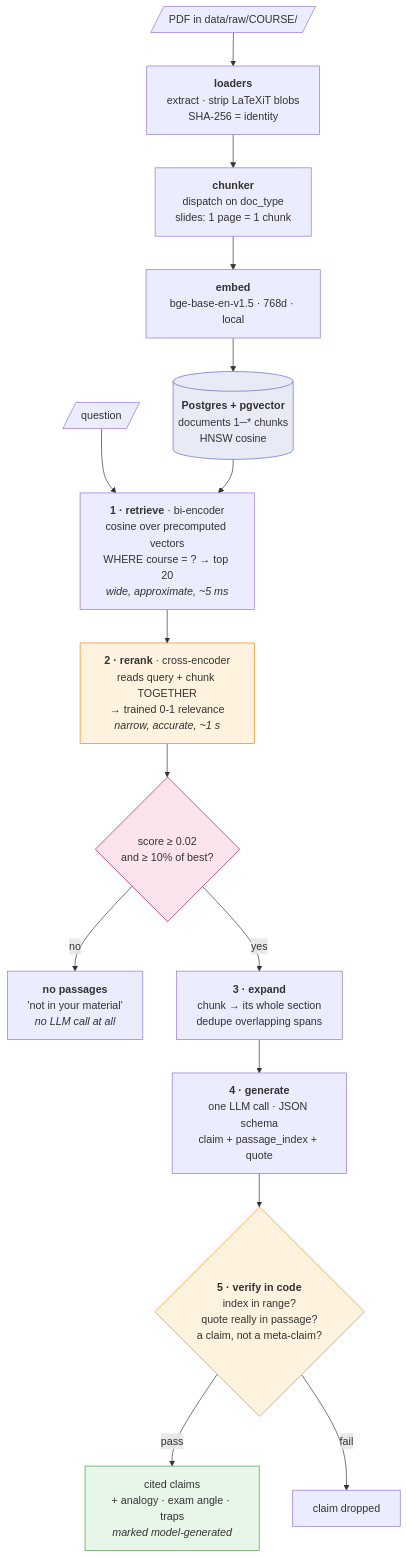
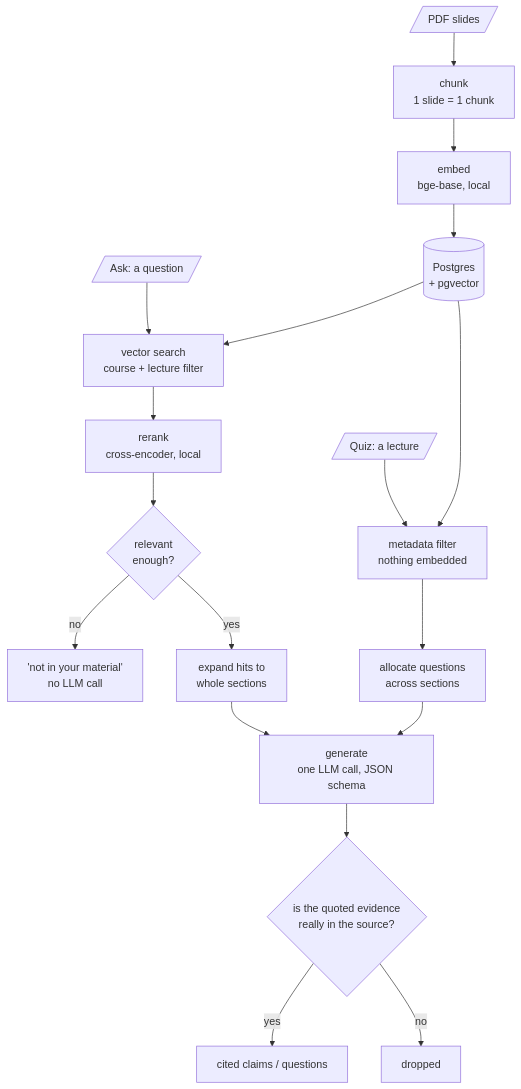
One commit to DavidB948/studyRAG changed the diagram in README.md. Above: the diagram before and after it, drawn with Mermaid. The commit also changed other lines of this file and 29 other files, not shown here.

````diff
--- a/README.md
+++ b/README.md
@@ -76,24 +73,23 @@
 ```mermaid
 flowchart TD
-    PDF[/"PDF in data/raw/COURSE/"/] --> L["<b>loaders</b><br/>extract · strip LaTeXiT blobs<br/>SHA-256 = identity"]
-    L --> C["<b>chunker</b><br/>dispatch on doc_type<br/>slides: 1 page = 1 chunk"]
-    C --> E["<b>embed</b><br/>bge-base-en-v1.5 · 768d · local"]
-    E --> DB[("<b>Postgres + pgvector</b><br/>documents 1─* chunks<br/>HNSW cosine")]
+    PDF[/"PDF slides"/] --> C["chunk<br/>1 slide = 1 chunk"]
+    C --> E["embed<br/>bge-base, local"]
+    E --> DB[("Postgres<br/>+ pgvector")]
 
-    Q[/"question"/] --> S1["<b>1 · retrieve</b> · bi-encoder<br/>cosine over precomputed vectors<br/>WHERE course = ? → top 20<br/><i>wide, approximate, ~5 ms</i>"]
+    ASK[/"Ask: a question"/] --> S1["vector search<br/>course + lecture filter"]
     DB --> S1
-    S1 --> S2["<b>2 · rerank</b> · cross-encoder<br/>reads query + chunk TOGETHER<br/>→ trained 0-1 relevance<br/><i>narrow, accurate, ~1 s</i>"]
-    S2 --> GATE{"score ≥ 0.02<br/>and ≥ 10% of best?"}
-    GATE -->|no| NONE["<b>no passages</b><br/>'not in your material'<br/><i>no LLM call at all</i>"]
-    GATE -->|yes| EXP["<b>3 · expand</b><br/>chunk → its whole section<br/>dedupe overlapping spans"]
-    EXP --> G["<b>4 · generate</b><br/>one LLM call · JSON schema<br/>claim + passage_index + quote"]
-    G --> V{"<b>5 · verify in code</b><br/>index in range?<br/>quote really in passage?<br/>a claim, not a meta-claim?"}
-    V -->|pass| OUT["cited claims<br/>+ analogy · exam angle · traps<br/><i>marked model-generated</i>"]
-    V -->|fail| DROP["claim dropped"]
+    S1 --> S2["rerank<br/>cross-encoder, local"]
+    S2 --> GATE{"relevant<br/>enough?"}
+    GATE -->|no| NONE["'not in your material'<br/>no LLM call"]
+    GATE -->|yes| EXP["expand hits to<br/>whole sections"]
+    EXP --> GEN
 
-    style DB fill:#e8eaf6,stroke:#5c6bc0
-    style S2 fill:#fff3e0,stroke:#f57c00
-    style GATE fill:#fce4ec,stroke:#c2185b
-    style V fill:#fff3e0,stroke:#fb8c00
-    style OUT fill:#e8f5e9,stroke:#43a047
+    QUIZ[/"Quiz: a lecture"/] --> M["metadata filter<br/>nothing embedded"]
+    DB --> M
+    M --> AL["allocate questions<br/>across sections"]
+    AL --> GEN
+
+    GEN["generate<br/>one LLM call, JSON schema"] --> V{"is the quoted evidence<br/>really in the source?"}
+    V -->|yes| OUT["cited claims / questions"]
+    V -->|no| DROP["dropped"]
 ```
````
